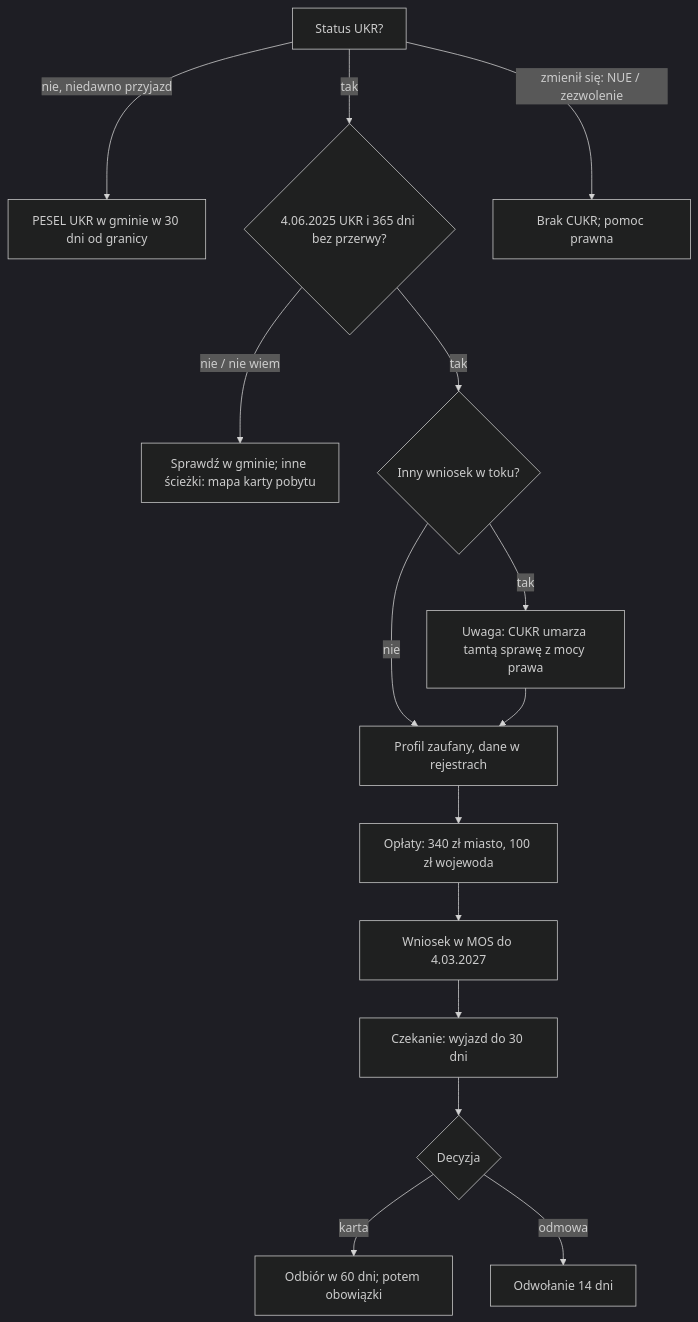
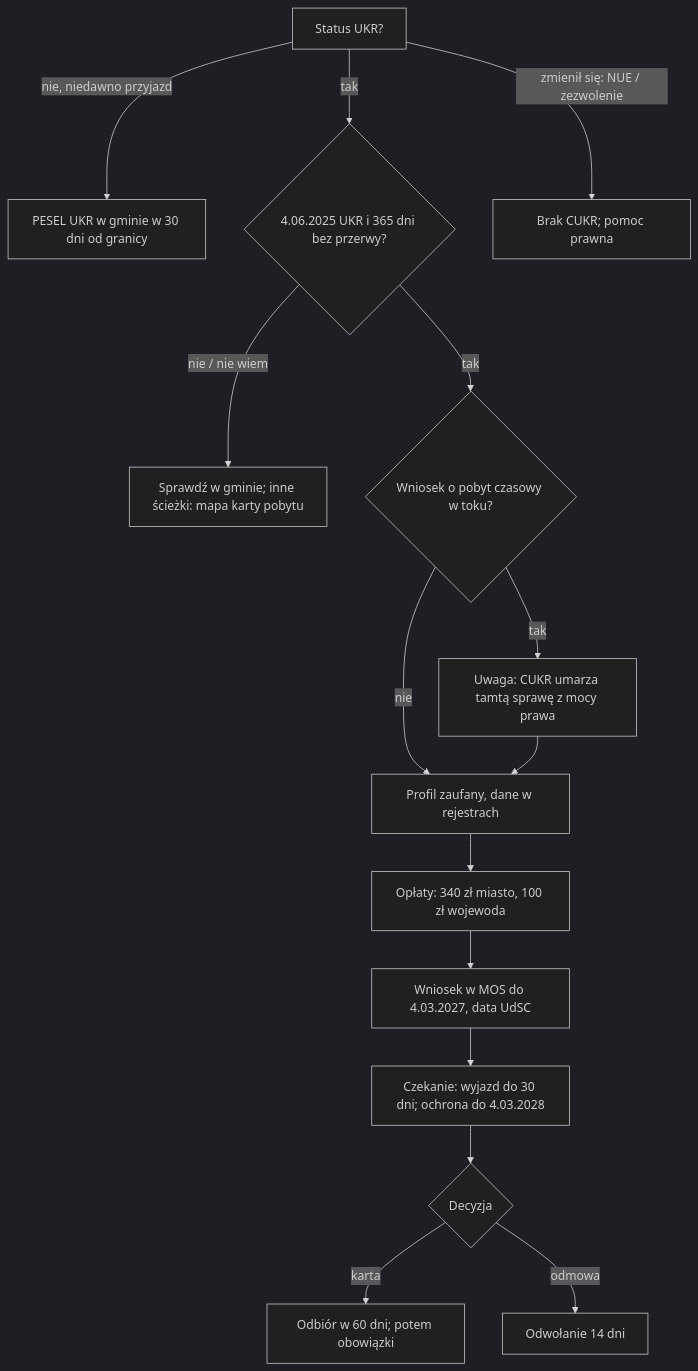
One commit to wrzalkosowskilukaszz/formalka-next changed the diagram in docs/formalka-next/maps/cukr-ukr.md. Above: the diagram before and after it, drawn with Mermaid (dark theme). The commit also changed other lines of this file and 13 other files, not shown here.

````diff
--- a/docs/formalka-next/maps/cukr-ukr.md
+++ b/docs/formalka-next/maps/cukr-ukr.md
@@ -116,17 +120,17 @@
 ```mermaid
 flowchart TD
   A[Status UKR?] -- nie, niedawno przyjazd --> B[PESEL UKR w gminie w 30 dni od granicy]
   A -- tak --> C{4.06.2025 UKR i 365 dni bez przerwy?}
   A -- zmienił się: NUE / zezwolenie --> X[Brak CUKR; pomoc prawna]
   C -- nie / nie wiem --> D[Sprawdź w gminie; inne ścieżki: mapa karty pobytu]
-  C -- tak --> E{Inny wniosek w toku?}
+  C -- tak --> E{Wniosek o pobyt czasowy w toku?}
   E -- tak --> F[Uwaga: CUKR umarza tamtą sprawę z mocy prawa]
   E -- nie --> G[Profil zaufany, dane w rejestrach]
   F --> G
   G --> H[Opłaty: 340 zł miasto, 100 zł wojewoda]
-  H --> I[Wniosek w MOS do 4.03.2027]
-  I --> J[Czekanie: wyjazd do 30 dni]
+  H --> I[Wniosek w MOS do 4.03.2027, data UdSC]
+  I --> J[Czekanie: wyjazd do 30 dni; ochrona do 4.03.2028]
   J --> K{Decyzja}
   K -- karta --> L[Odbiór w 60 dni; potem obowiązki]
   K -- odmowa --> M[Odwołanie 14 dni]
 ```
````
